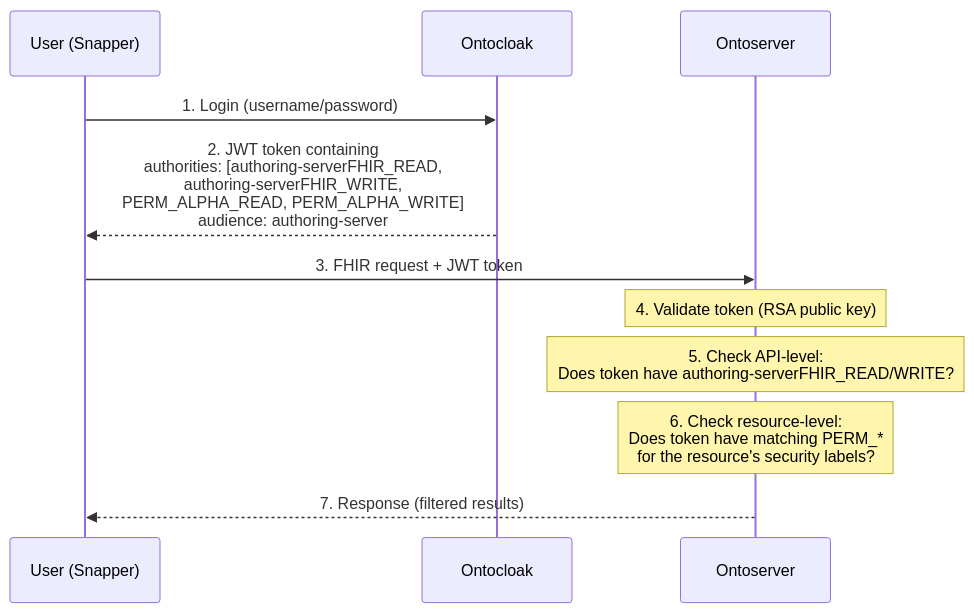
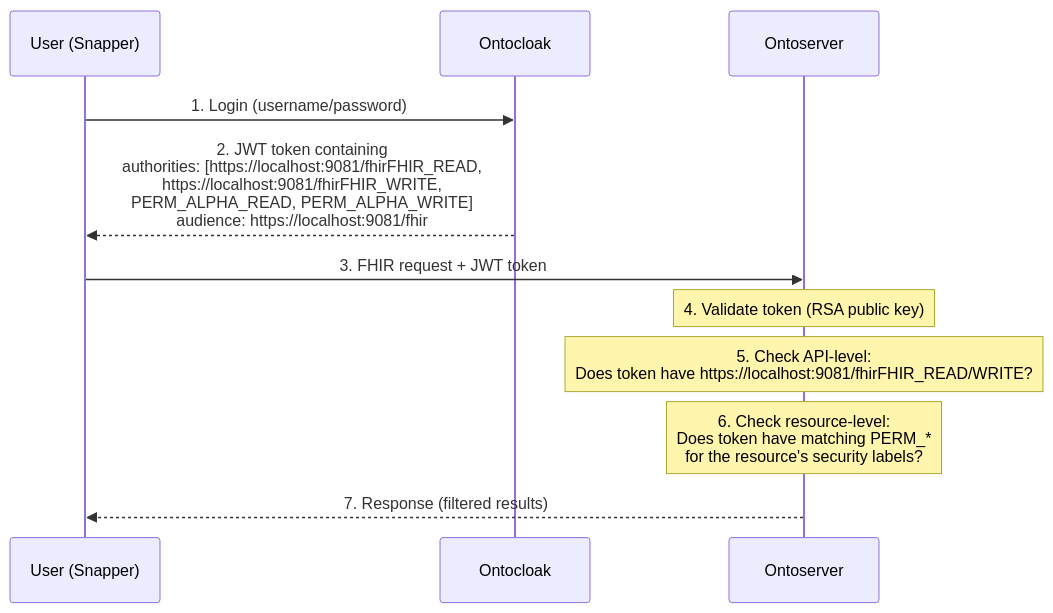
Before and after one commit to aehrc/ontoserver-deploy: the fourth of 4 diagrams in examples/pathology-permissions-demo/docs/architecture.md, drawn with Mermaid. The commit also changed other lines of this file and 34 other files, not shown here.

````diff
--- a/examples/pathology-permissions-demo/docs/architecture.md
+++ b/examples/pathology-permissions-demo/docs/architecture.md
@@ -202,15 +202,15 @@
 ```mermaid
 sequenceDiagram
     participant U as User (Snapper)
     participant OC as Ontocloak
     participant OS as Ontoserver
 
     U->>OC: 1. Login (username/password)
-    OC-->>U: 2. JWT token containing<br/>authorities: [authoring-serverFHIR_READ,<br/>authoring-serverFHIR_WRITE,<br/>PERM_ALPHA_READ, PERM_ALPHA_WRITE]<br/>audience: authoring-server
+    OC-->>U: 2. JWT token containing<br/>authorities: [https://localhost:9081/fhirFHIR_READ,<br/>https://localhost:9081/fhirFHIR_WRITE,<br/>PERM_ALPHA_READ, PERM_ALPHA_WRITE]<br/>audience: https://localhost:9081/fhir
 
     U->>OS: 3. FHIR request + JWT token
     Note over OS: 4. Validate token (RSA public key)
-    Note over OS: 5. Check API-level:<br/>Does token have authoring-serverFHIR_READ/WRITE?
+    Note over OS: 5. Check API-level:<br/>Does token have https://localhost:9081/fhirFHIR_READ/WRITE?
     Note over OS: 6. Check resource-level:<br/>Does token have matching PERM_*<br/>for the resource's security labels?
     OS-->>U: 7. Response (filtered results)
 ```
````
